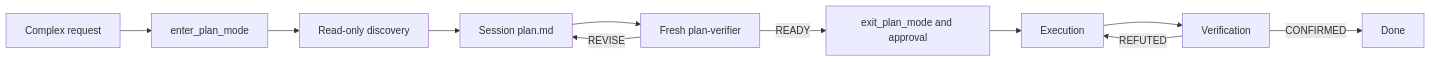
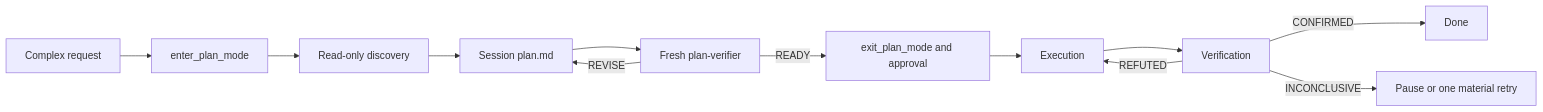
Before and after one commit to Nanako0129/pilotfish-grok: the third of 3 diagrams in README.md, drawn with Mermaid. The commit also changed other lines of this file and 6 other files, not shown here.

````diff
--- a/README.md
+++ b/README.md
@@ -142,13 +142,14 @@
 ```mermaid
 flowchart LR
     R[Complex request] --> N[enter_plan_mode]
     N --> D[Read-only discovery]
     D --> P[Session plan.md]
     P --> PV[Fresh plan-verifier]
     PV -->|REVISE| P
     PV -->|READY| A[exit_plan_mode and approval]
     A --> E[Execution]
     E --> V[Verification]
     V -->|REFUTED| E
     V -->|CONFIRMED| Done[Done]
+    V -->|INCONCLUSIVE| Pause[Pause or one material retry]
 ```
````
